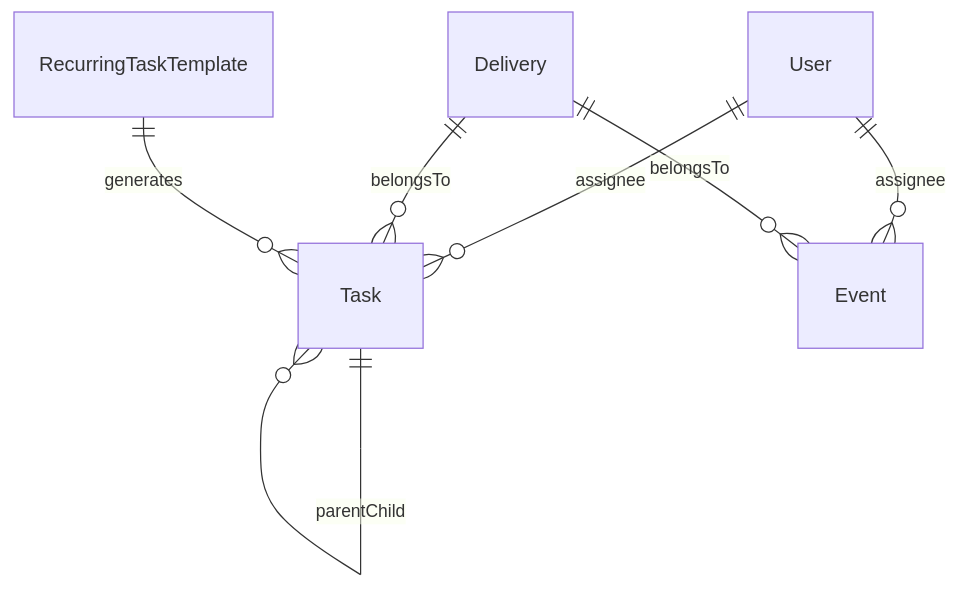
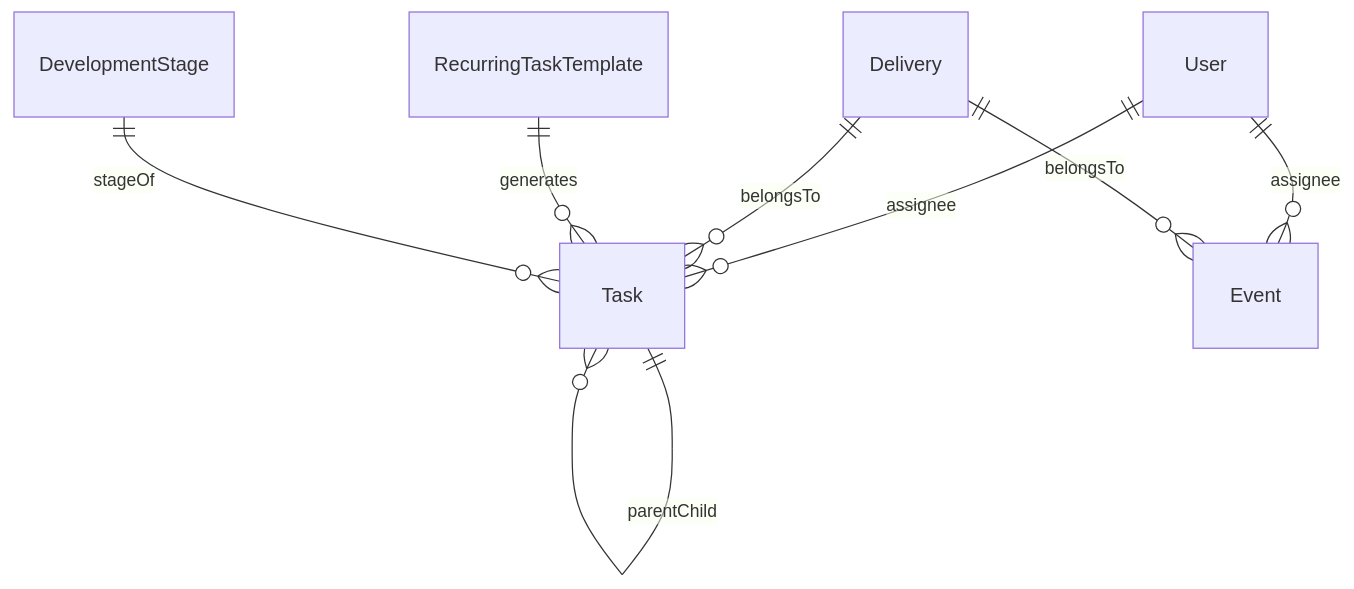
Before and after one commit to karasaki-wasabi/project-task-management: the fourth of 4 diagrams in .kiro/specs/task-delivery-management/design.md, drawn with Mermaid. The commit also changed other lines of this file and 7 other files, not shown here.

First line of the commit message:
ダッシュボード・カンバン機能の要件定義からPrisma schema拡張まで実装する

````diff
--- a/.kiro/specs/task-delivery-management/design.md
+++ b/.kiro/specs/task-delivery-management/design.md
@@ -761,9 +877,10 @@
 ```mermaid
 erDiagram
     User ||--o{ Task : assignee
     User ||--o{ Event : assignee
     Delivery ||--o{ Task : belongsTo
     Delivery ||--o{ Event : belongsTo
     Task ||--o{ Task : parentChild
     RecurringTaskTemplate ||--o{ Task : generates
+    DevelopmentStage ||--o{ Task : stageOf
 ```
````
